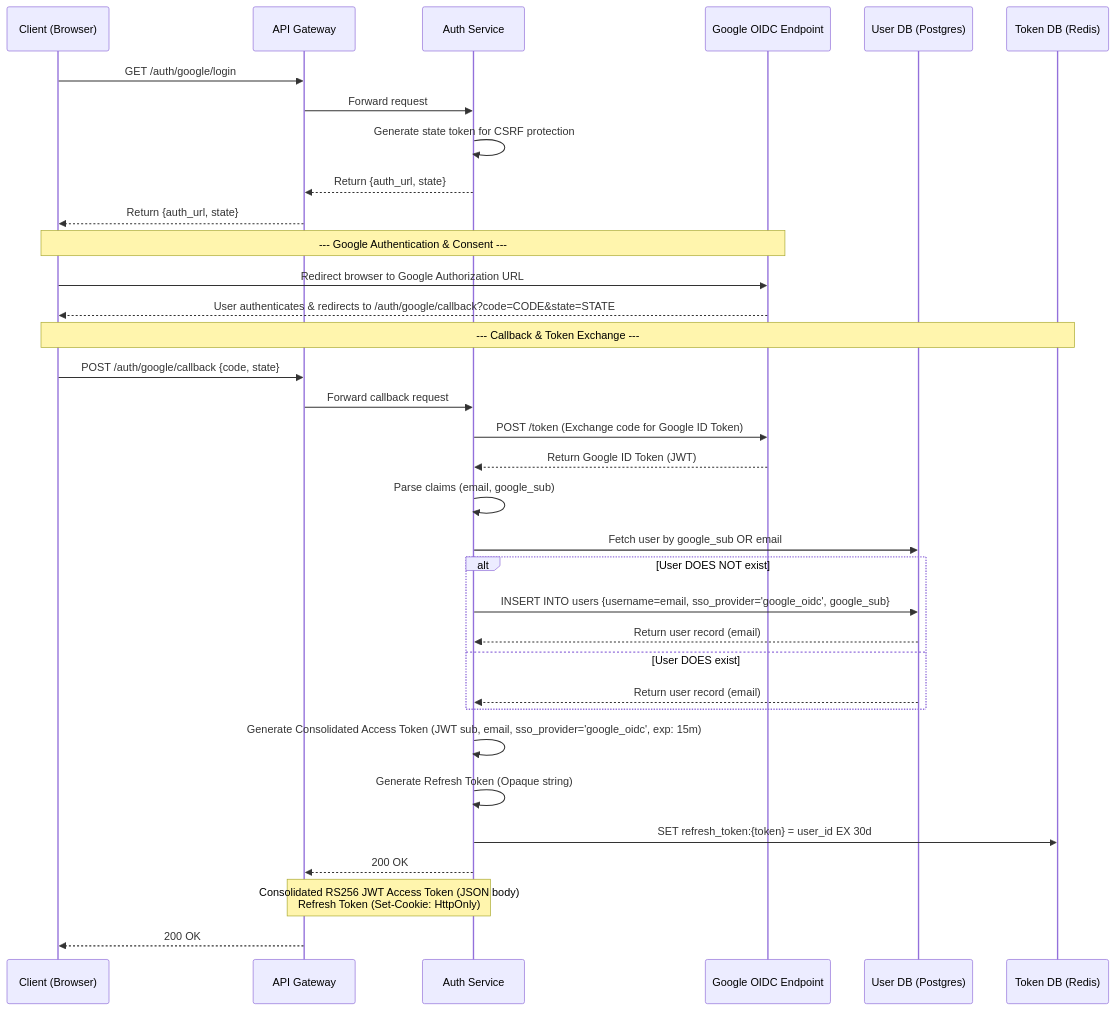
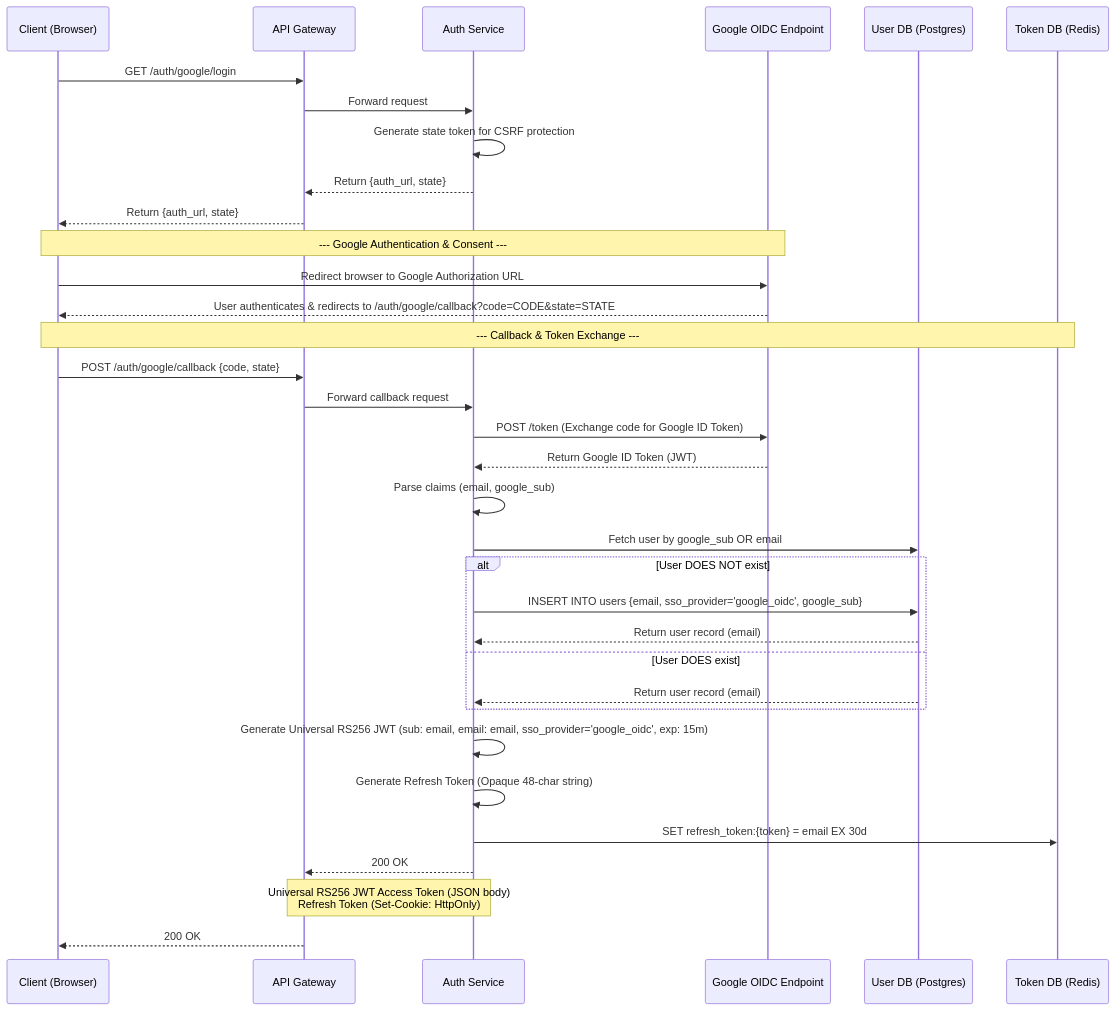
One commit to boycececil666gmailcom/Microservice-Auth-Platform changed the second of 4 diagrams in design/auth/01-auth-flow.md. Above: the diagram before and after it, drawn with Mermaid. The commit also changed other lines of this file, not shown here.

Commit message:
docs: add authentication flow design documentation including token issuance, OIDC, and rotation flows

````diff
--- a/design/auth/01-auth-flow.md
+++ b/design/auth/01-auth-flow.md
@@ -46,43 +46,43 @@
 ```mermaid
 sequenceDiagram
     participant C as Client (Browser)
     participant G as API Gateway
     participant A as Auth Service
     participant GO as Google OIDC Endpoint
     participant PG as User DB (Postgres)
     participant R as Token DB (Redis)
 
     C->>G: GET /auth/google/login
     G->>A: Forward request
     A->>A: Generate state token for CSRF protection
     A-->>G: Return {auth_url, state}
     G-->>C: Return {auth_url, state}
 
     Note over C,GO: --- Google Authentication & Consent ---
     C->>GO: Redirect browser to Google Authorization URL
     GO-->>C: User authenticates & redirects to /auth/google/callback?code=CODE&state=STATE
 
     Note over C,R: --- Callback & Token Exchange ---
     C->>G: POST /auth/google/callback {code, state}
     G->>A: Forward callback request
     A->>GO: POST /token (Exchange code for Google ID Token)
     GO-->>A: Return Google ID Token (JWT)
 
     A->>A: Parse claims (email, google_sub)
     A->>PG: Fetch user by google_sub OR email
 
     alt User DOES NOT exist
-        A->>PG: INSERT INTO users {username=email, sso_provider='google_oidc', google_sub}
+        A->>PG: INSERT INTO users {email, sso_provider='google_oidc', google_sub}
         PG-->>A: Return user record (email)
     else User DOES exist
         PG-->>A: Return user record (email)
     end
 
-    A->>A: Generate Consolidated Access Token (JWT sub, email, sso_provider='google_oidc', exp: 15m)
-    A->>A: Generate Refresh Token (Opaque string)
-    A->>R: SET refresh_token:{token} = user_id EX 30d
+    A->>A: Generate Universal RS256 JWT (sub: email, email: email, sso_provider='google_oidc', exp: 15m)
+    A->>A: Generate Refresh Token (Opaque 48-char string)
+    A->>R: SET refresh_token:{token} = email EX 30d
 
     A-->>G: 200 OK
-    Note over A,G: Consolidated RS256 JWT Access Token (JSON body)<br/>Refresh Token (Set-Cookie: HttpOnly)
+    Note over A,G: Universal RS256 JWT Access Token (JSON body)<br/>Refresh Token (Set-Cookie: HttpOnly)
     G-->>C: 200 OK
 ```
````
